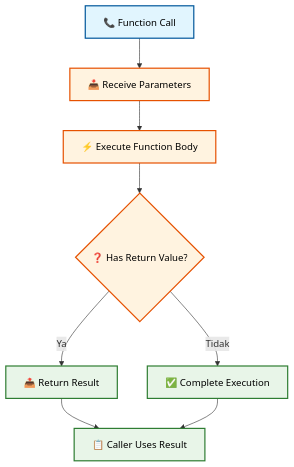
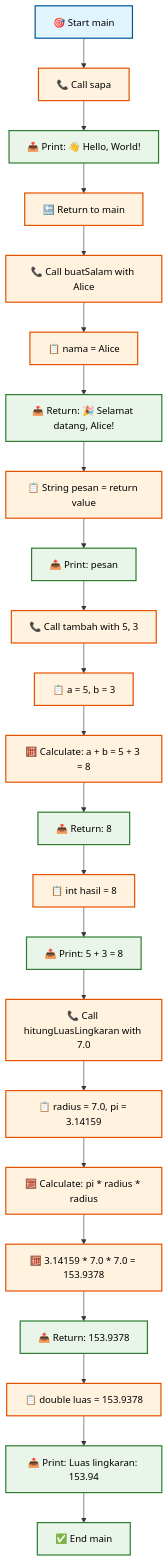
One commit to antonprafanto/flutter changed the seventh of 15 diagrams in minggu2.md. Above: the diagram before and after it, drawn with Mermaid. The commit also changed other lines of this file, not shown here.

````diff
--- a/minggu2.md
+++ b/minggu2.md
@@ -425,18 +517,49 @@
 ```mermaid
 flowchart TD
-    A[📞 Function Call] --> B[📥 Receive Parameters]
-    B --> C[⚡ Execute Function Body]
-    C --> D{❓ Has Return Value?}
-    D -->|Ya| E[📤 Return Result]
-    D -->|Tidak| F[✅ Complete Execution]
-    E --> G[📋 Caller Uses Result]
-    F --> G
+    A[🎯 Start main] --> B[📞 Call sapa]
+    B --> C[📤 Print: 👋 Hello, World!]
+    C --> D[🔙 Return to main]
+    D --> E[📞 Call buatSalam with Alice]
+    E --> F[📋 nama = Alice]
+    F --> G[📤 Return: 🎉 Selamat datang, Alice!]
+    G --> H[📋 String pesan = return value]
+    H --> I[📤 Print: pesan]
+    I --> J[📞 Call tambah with 5, 3]
+    J --> K[📋 a = 5, b = 3]
+    K --> L[🧮 Calculate: a + b = 5 + 3 = 8]
+    L --> M[📤 Return: 8]
+    M --> N[📋 int hasil = 8]
+    N --> O[📤 Print: 5 + 3 = 8]
+    O --> P[📞 Call hitungLuasLingkaran with 7.0]
+    P --> Q[📋 radius = 7.0, pi = 3.14159]
+    Q --> R[🧮 Calculate: pi * radius * radius]
+    R --> S[🧮 3.14159 * 7.0 * 7.0 = 153.9378]
+    S --> T[📤 Return: 153.9378]
+    T --> U[📋 double luas = 153.9378]
+    U --> V[📤 Print: Luas lingkaran: 153.94]
+    V --> W[✅ End main]
     
     style A fill:#e1f5fe,stroke:#01579b,stroke-width:2px,color:#000
     style B fill:#fff3e0,stroke:#e65100,stroke-width:2px,color:#000
-    style C fill:#fff3e0,stroke:#e65100,stroke-width:2px,color:#000
+    style C fill:#e8f5e8,stroke:#2e7d32,stroke-width:2px,color:#000
     style D fill:#fff3e0,stroke:#e65100,stroke-width:2px,color:#000
-    style E fill:#e8f5e8,stroke:#2e7d32,stroke-width:2px,color:#000
-    style F fill:#e8f5e8,stroke:#2e7d32,stroke-width:2px,color:#000
+    style E fill:#fff3e0,stroke:#e65100,stroke-width:2px,color:#000
+    style F fill:#fff3e0,stroke:#e65100,stroke-width:2px,color:#000
     style G fill:#e8f5e8,stroke:#2e7d32,stroke-width:2px,color:#000
+    style H fill:#fff3e0,stroke:#e65100,stroke-width:2px,color:#000
+    style I fill:#e8f5e8,stroke:#2e7d32,stroke-width:2px,color:#000
+    style J fill:#fff3e0,stroke:#e65100,stroke-width:2px,color:#000
+    style K fill:#fff3e0,stroke:#e65100,stroke-width:2px,color:#000
+    style L fill:#fff3e0,stroke:#e65100,stroke-width:2px,color:#000
+    style M fill:#e8f5e8,stroke:#2e7d32,stroke-width:2px,color:#000
+    style N fill:#fff3e0,stroke:#e65100,stroke-width:2px,color:#000
+    style O fill:#e8f5e8,stroke:#2e7d32,stroke-width:2px,color:#000
+    style P fill:#fff3e0,stroke:#e65100,stroke-width:2px,color:#000
+    style Q fill:#fff3e0,stroke:#e65100,stroke-width:2px,color:#000
+    style R fill:#fff3e0,stroke:#e65100,stroke-width:2px,color:#000
+    style S fill:#fff3e0,stroke:#e65100,stroke-width:2px,color:#000
+    style T fill:#e8f5e8,stroke:#2e7d32,stroke-width:2px,color:#000
+    style U fill:#fff3e0,stroke:#e65100,stroke-width:2px,color:#000
+    style V fill:#e8f5e8,stroke:#2e7d32,stroke-width:2px,color:#000
+    style W fill:#e8f5e8,stroke:#2e7d32,stroke-width:2px,color:#000
 ```
````
